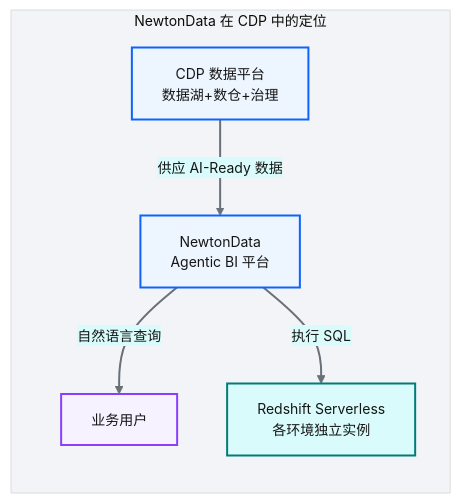
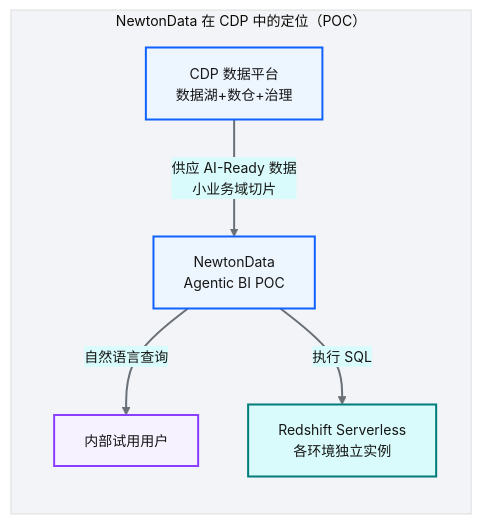
The fifth of 7 diagrams in docs/38-时代命题-AI-Ready数据供应.md (zhiweio/from-data-to-intelligence), drawn with Mermaid before and after one commit. The commit also changed other lines of this file and 69 other files, not shown here.

````diff
--- a/docs/38-时代命题-AI-Ready数据供应.md
+++ b/docs/38-时代命题-AI-Ready数据供应.md
@@ -205,22 +210,17 @@
 ```mermaid
 %%{init: {'theme':'base','themeVariables':{'primaryColor':'#edf5ff','primaryTextColor':'#161616','primaryBorderColor':'#0f62fe','lineColor':'#697077','secondaryColor':'#d9fbfb','tertiaryColor':'#f2f4f8','fontSize':'14px'}}}%%
 flowchart LR
- subgraph NewtonData定位["NewtonData 在 CDP 中的定位"]
- CDP[CDP 数据平台<br/>数据湖+数仓+治理] -->|供应 AI-Ready 数据|TTD[NewtonData<br/>Agentic BI 平台]
- TTD -->|自然语言查询|BIZ[业务用户]
+ subgraph NewtonData定位["NewtonData 在 CDP 中的定位（POC）"]
+ CDP[CDP 数据平台<br/>数据湖+数仓+治理] -->|供应 AI-Ready 数据<br/>小业务域切片|TTD[NewtonData<br/>Agentic BI POC]
+ TTD -->|自然语言查询|BIZ[内部试用用户]
  TTD -->|执行 SQL|RS[Redshift Serverless<br/>各环境独立实例]
  end
 classDef bpProcess fill:#edf5ff,stroke:#0f62fe,stroke-width:2px,color:#161616
 classDef bpData fill:#d9fbfb,stroke:#007d79,stroke-width:2px,color:#161616
-classDef bpDecision fill:#fcf4d6,stroke:#f1c21b,stroke-width:2px,color:#161616
-classDef bpSuccess fill:#defbe6,stroke:#198038,stroke-width:2px,color:#161616
-classDef bpError fill:#fff1f1,stroke:#da1e28,stroke-width:2px,color:#161616
-classDef bpExternal fill:#f2f4f8,stroke:#697077,stroke-width:2px,color:#161616
 classDef bpInfo fill:#f6f2ff,stroke:#8a3ffc,stroke-width:2px,color:#161616
-classDef bpGroup fill:#ffffff,stroke:#0f62fe,stroke-width:2px,color:#161616
 class BIZ bpInfo
 class CDP bpProcess
 class RS bpData
 class TTD bpProcess
 linkStyle default stroke:#697077,stroke-width:2px
 ```
````
